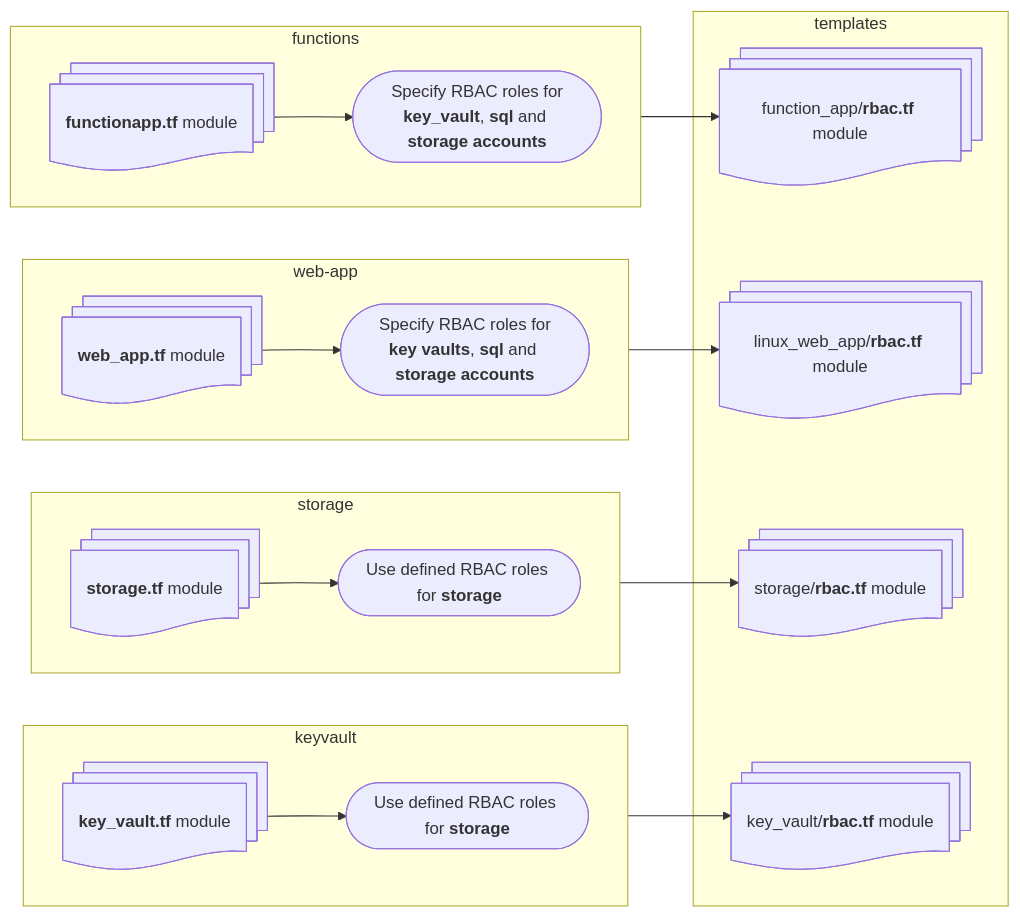
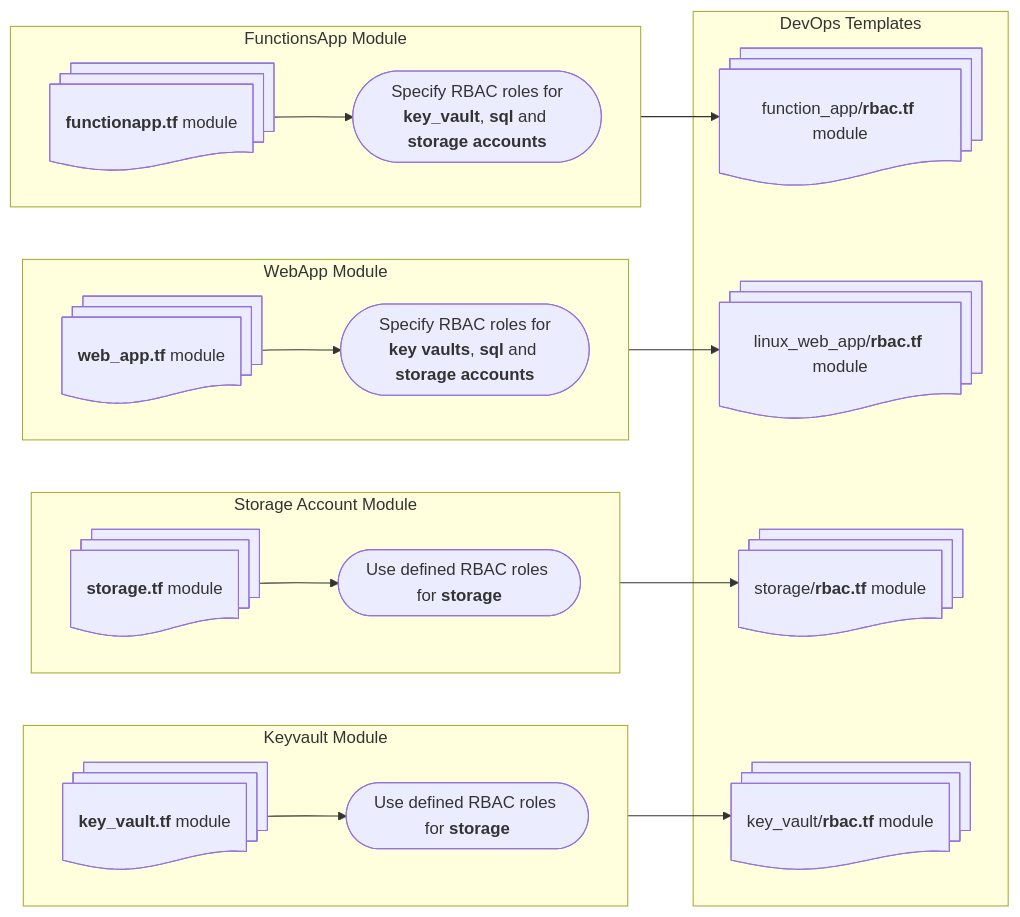
The second of 2 diagrams in infrastructure/tf-core/README.md (NHSDigital/dtos-cohort-manager), drawn with Mermaid before and after one commit. The commit also changed other lines of this file and 6 other files, not shown here.

````diff
--- a/infrastructure/tf-core/README.md
+++ b/infrastructure/tf-core/README.md
@@ -67,53 +70,52 @@
 ```mermaid
 flowchart LR
-    subgraph functions
+    subgraph FAMod["FunctionsApp Module"]
         direction LR
 
         fa_module@{ shape: docs, label: "**functionapp.tf** module" }
         fa_roles(["`Specify RBAC roles for
          **key_vault**, **sql** and **storage accounts**`"])
 
         fa_module --> fa_roles
     end
 
-    subgraph storage
+    subgraph STMod["Storage Account Module"]
         direction LR
 
         st_module@{ shape: docs, label: "**storage.tf** module" }
         st_roles(["`Use defined RBAC roles for **storage**`"])
 
         st_module --> st_roles
-
     end
 
-    subgraph web-app
+    subgraph WAMod["WebApp Module"]
         direction LR
 
         wa_module@{ shape: docs, label: "**web_app.tf** module" }
         wa_roles(["`Specify RBAC roles for
         **key vaults**, **sql** and **storage accounts**`"])
 
         wa_module --> wa_roles
     end
 
-    subgraph keyvault
+    subgraph KVMod["Keyvault Module"]
         direction LR
 
         kv_module@{ shape: docs, label: "**key_vault.tf** module" }
         kv_roles(["`Use defined RBAC roles for **storage**`"])
 
         kv_module --> kv_roles
     end
 
-    subgraph templates
+    subgraph Templates["DevOps Templates"]
         fa_rbac@{ shape: docs, label: "function_app/**rbac.tf** module" }
         wa_rbac@{ shape: docs, label: "linux_web_app/**rbac.tf** module" }
         st_rbac@{ shape: docs, label: "storage/**rbac.tf** module"}
         kv_rbac@{ shape: docs, label: "key_vault/**rbac.tf** module"}
     end
 
-    functions --> fa_rbac
-    web-app --> wa_rbac
-    storage --> st_rbac
-    keyvault --> kv_rbac
+    FAMod --> fa_rbac
+    WAMod --> wa_rbac
+    STMod --> st_rbac
+    KVMod --> kv_rbac
 ```
````
